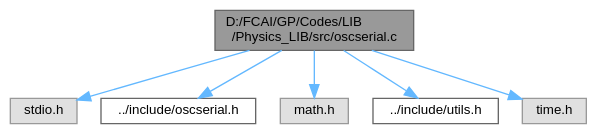
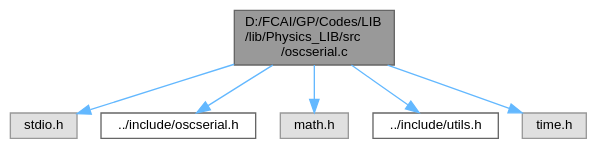
The diagram in oscserial_8c__incl.dot (Computational-science-based-on-HPC/Computational-science-based-on-HPC.github.i), drawn with Graphviz before and after one commit. The commit also changed 103 other files, not shown here.

```diff
--- a/oscserial_8c__incl.dot
+++ b/oscserial_8c__incl.dot
@@ -1,18 +1,18 @@
-digraph "D:/FCAI/GP/Codes/LIB/Physics_LIB/src/oscserial.c"
+digraph "D:/FCAI/GP/Codes/LIB/lib/Physics_LIB/src/oscserial.c"
 {
  // LATEX_PDF_SIZE
   bgcolor="transparent";
   edge [fontname=Helvetica,fontsize=10,labelfontname=Helvetica,labelfontsize=10];
   node [fontname=Helvetica,fontsize=10,shape=box,height=0.2,width=0.4];
-  Node1 [id="Node000001",label="D:/FCAI/GP/Codes/LIB\l/Physics_LIB/src/oscserial.c",height=0.2,width=0.4,color="gray40", fillcolor="grey60", style="filled", fontcolor="black",tooltip="This file contains the implementation of the serial version of the oscillation simulation in 1D and 2..."];
+  Node1 [id="Node000001",label="D:/FCAI/GP/Codes/LIB\l/lib/Physics_LIB/src\l/oscserial.c",height=0.2,width=0.4,color="gray40", fillcolor="grey60", style="filled", fontcolor="black",tooltip="This file contains the implementation of the serial version of the oscillation simulation in 1D and 2..."];
   Node1 -> Node2 [id="edge1_Node000001_Node000002",color="steelblue1",style="solid",tooltip=" "];
   Node2 [id="Node000002",label="stdio.h",height=0.2,width=0.4,color="grey60", fillcolor="#E0E0E0", style="filled",tooltip=" "];
   Node1 -> Node3 [id="edge2_Node000001_Node000003",color="steelblue1",style="solid",tooltip=" "];
-  Node3 [id="Node000003",label="../include/oscserial.h",height=0.2,width=0.4,color="grey40", fillcolor="white", style="filled",URL="$oscserial_8h.html",tooltip=" "];
+  Node3 [id="Node000003",label="../include/oscserial.h",height=0.2,width=0.4,color="grey40", fillcolor="white", style="filled",URL="$oscserial_8h.html",tooltip="This file contains the implementation of the serial version of the oscillation simulation in 1D and 2..."];
   Node1 -> Node4 [id="edge3_Node000001_Node000004",color="steelblue1",style="solid",tooltip=" "];
   Node4 [id="Node000004",label="math.h",height=0.2,width=0.4,color="grey60", fillcolor="#E0E0E0", style="filled",tooltip=" "];
   Node1 -> Node5 [id="edge4_Node000001_Node000005",color="steelblue1",style="solid",tooltip=" "];
-  Node5 [id="Node000005",label="../include/utils.h",height=0.2,width=0.4,color="grey40", fillcolor="white", style="filled",URL="$utils_8h.html",tooltip=" "];
+  Node5 [id="Node000005",label="../include/utils.h",height=0.2,width=0.4,color="grey40", fillcolor="white", style="filled",URL="$utils_8h.html",tooltip="This file contains utility functions used by oscillations simulation to help in calculations."];
   Node1 -> Node6 [id="edge5_Node000001_Node000006",color="steelblue1",style="solid",tooltip=" "];
   Node6 [id="Node000006",label="time.h",height=0.2,width=0.4,color="grey60", fillcolor="#E0E0E0", style="filled",tooltip=" "];
 }
```
